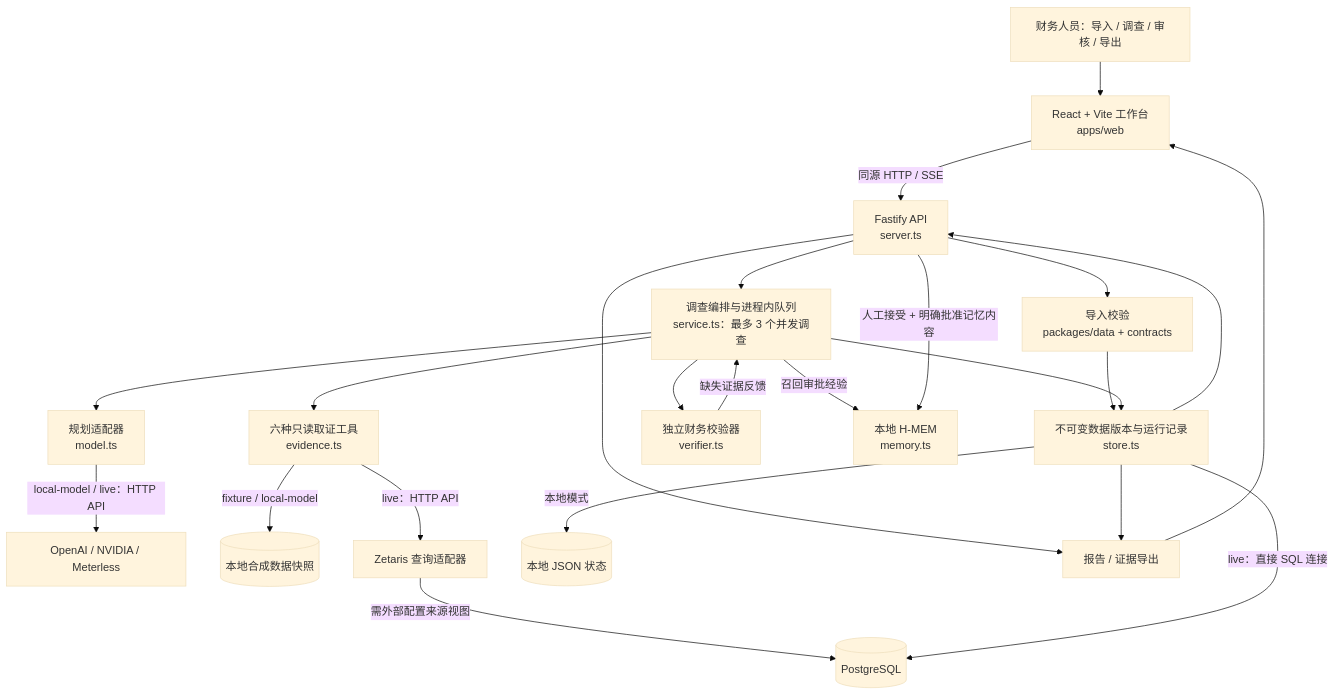
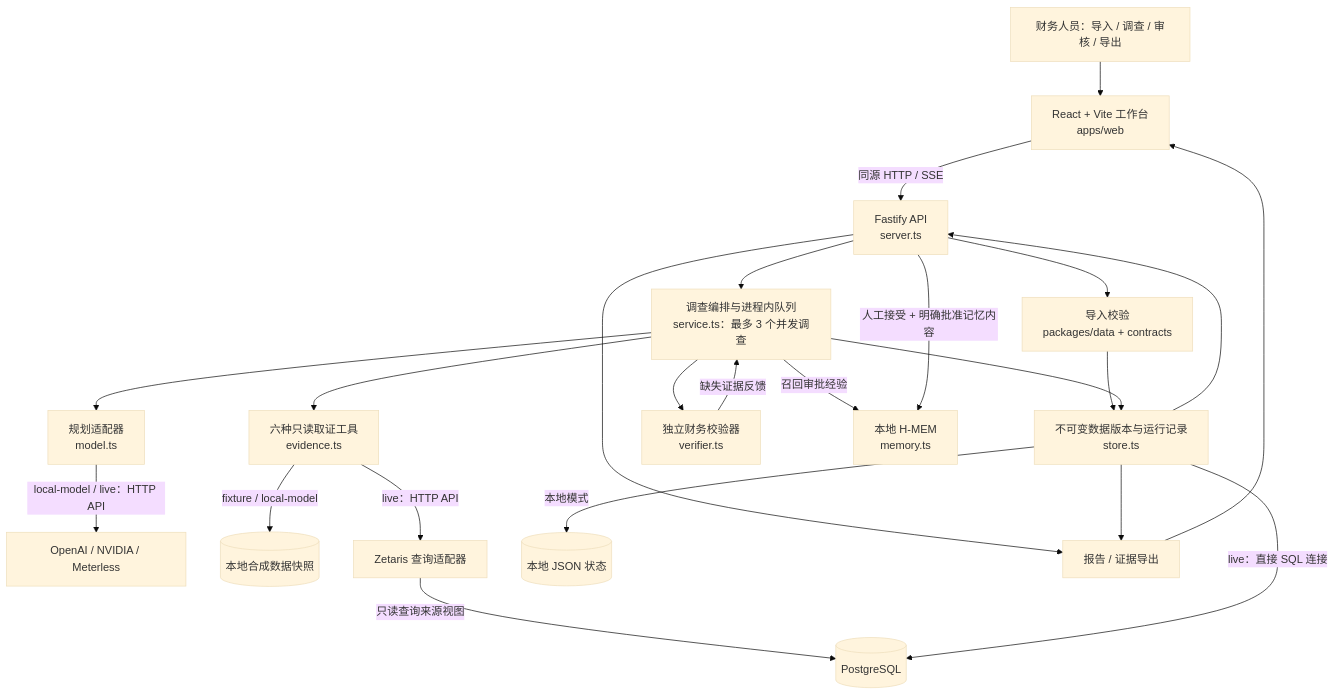
The first of 2 diagrams in README.md (MohanZ0618/GenAI), drawn with Mermaid (base theme) before and after one commit. The commit also changed other lines of this file and 2 other files, not shown here.

First line of the commit message:
Document verified Zetaris live integration

````diff
--- a/README.md
+++ b/README.md
@@ -25,25 +25,25 @@
 ```mermaid
 flowchart TB
     Human["财务人员：导入 / 调查 / 审核 / 导出"] --> UI["React + Vite 工作台<br/>apps/web"]
     UI -->|"同源 HTTP / SSE"| API["Fastify API<br/>server.ts"]
     API --> Import["导入校验<br/>packages/data + contracts"]
     Import --> Store["不可变数据版本与运行记录<br/>store.ts"]
     API --> Agent["调查编排与进程内队列<br/>service.ts：最多 3 个并发调查"]
     Agent --> Planner["规划适配器<br/>model.ts"]
     Planner -->|"local-model / live：HTTP API"| LLM["OpenAI / NVIDIA / Meterless"]
     Agent --> Tools["六种只读取证工具<br/>evidence.ts"]
     Tools -->|"fixture / local-model"| Local[("本地合成数据快照")]
     Tools -->|"live：HTTP API"| Zetaris["Zetaris 查询适配器"]
-    Zetaris -->|"需外部配置来源视图"| PG[("PostgreSQL")]
+    Zetaris -->|"只读查询来源视图"| PG[("PostgreSQL")]
     Agent --> Verify["独立财务校验器<br/>verifier.ts"]
     Verify -->|"缺失证据反馈"| Agent
     Agent --> Store
     Store -->|"本地模式"| JSON[("本地 JSON 状态")]
     Store -->|"live：直接 SQL 连接"| PG
     Agent -->|"召回审批经验"| Memory["本地 H-MEM<br/>memory.ts"]
     API -->|"人工接受 + 明确批准记忆内容"| Memory
     API --> Export["报告 / 证据导出"]
     Store --> Export
     Export --> UI
     Store --> API
 ```
````
